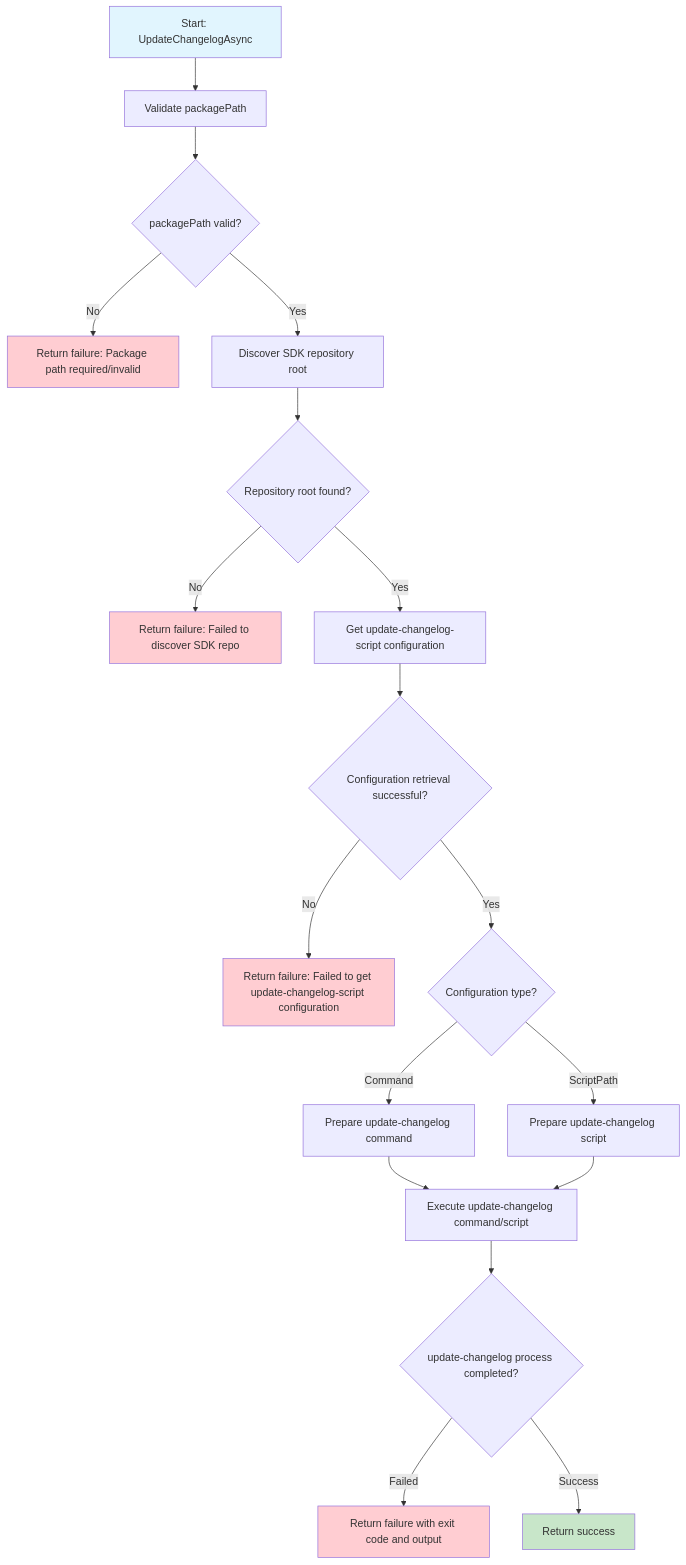
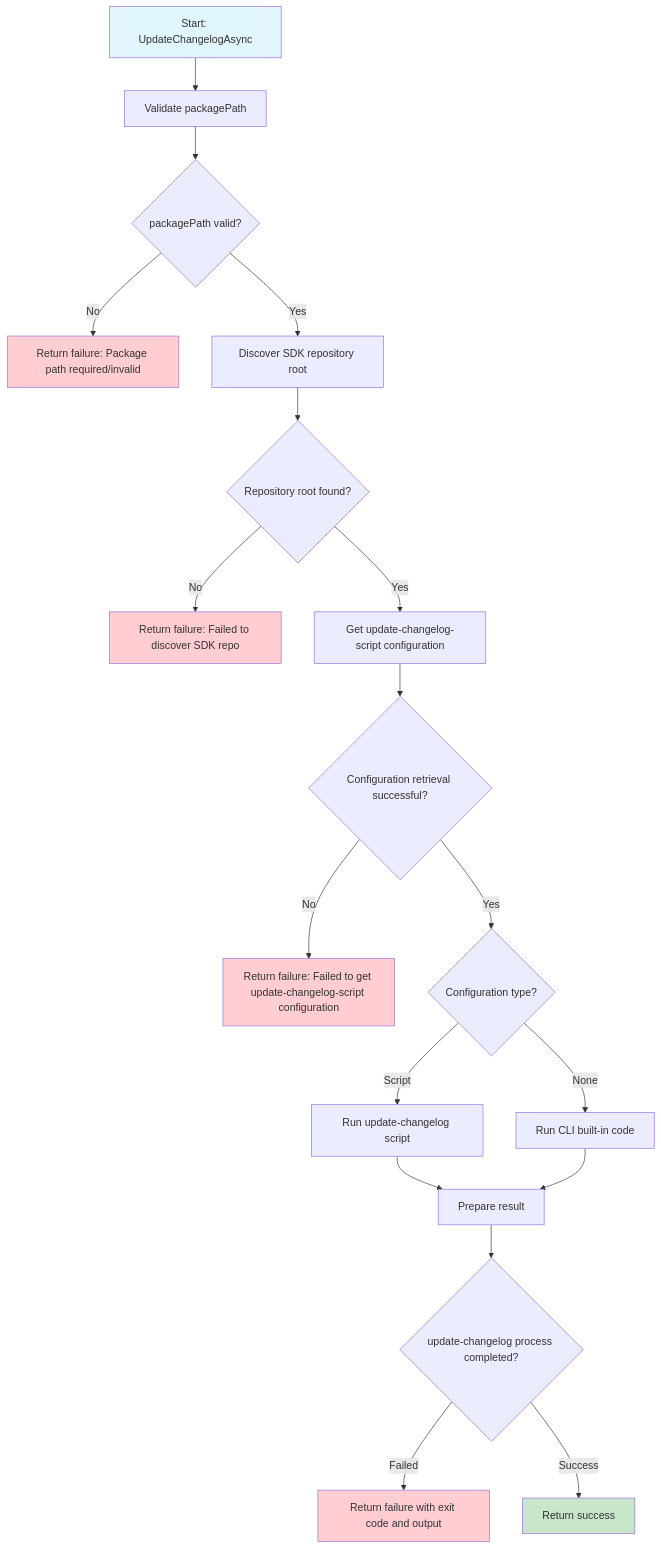
The second of 2 diagrams in tools/azsdk-cli/docs/specs/6-package-updater.spec.md (Azure/azure-sdk-tools), drawn with Mermaid before and after one commit. The commit also changed other lines of this file, not shown here.

````diff
--- a/tools/azsdk-cli/docs/specs/6-package-updater.spec.md
+++ b/tools/azsdk-cli/docs/specs/6-package-updater.spec.md
@@ -388,32 +332,32 @@
 ```mermaid
 flowchart TD
       A[Start: UpdateChangelogAsync] --> B[Validate packagePath] 
       B --> C{packagePath valid?}
       C -->|No| D[Return failure: Package path required/invalid]
       C -->|Yes| E[Discover SDK repository root] 
     
       E --> F{Repository root found?}
       F -->|No| G[Return failure: Failed to discover SDK repo]
       F -->|Yes| H[Get update-changelog-script configuration] 
     
       H --> I{Configuration retrieval successful?}
       I -->|No| J[Return failure: Failed to get update-changelog-script configuration] 
       I -->|Yes| K{Configuration type?}
     
-      K -->|Command| L[Prepare update-changelog command] 
-      K -->|ScriptPath| M[Prepare update-changelog script] 
+      K -->|Script| L[Run update-changelog script]
+      K -->|None| M[Run CLI built-in code] 
     
-      L --> N[Execute update-changelog command/script] 
+      L --> N[Prepare result] 
       M --> N
     
       N --> O{update-changelog process completed?} 
       O -->|Failed| P[Return failure with exit code and output]
       O -->|Success| Q[Return success]
     
       style A fill:#e1f5fe
       style Q fill:#c8e6c9
       style D fill:#ffcdd2
       style G fill:#ffcdd2
       style J fill:#ffcdd2
       style P fill:#ffcdd2
 ```
````
